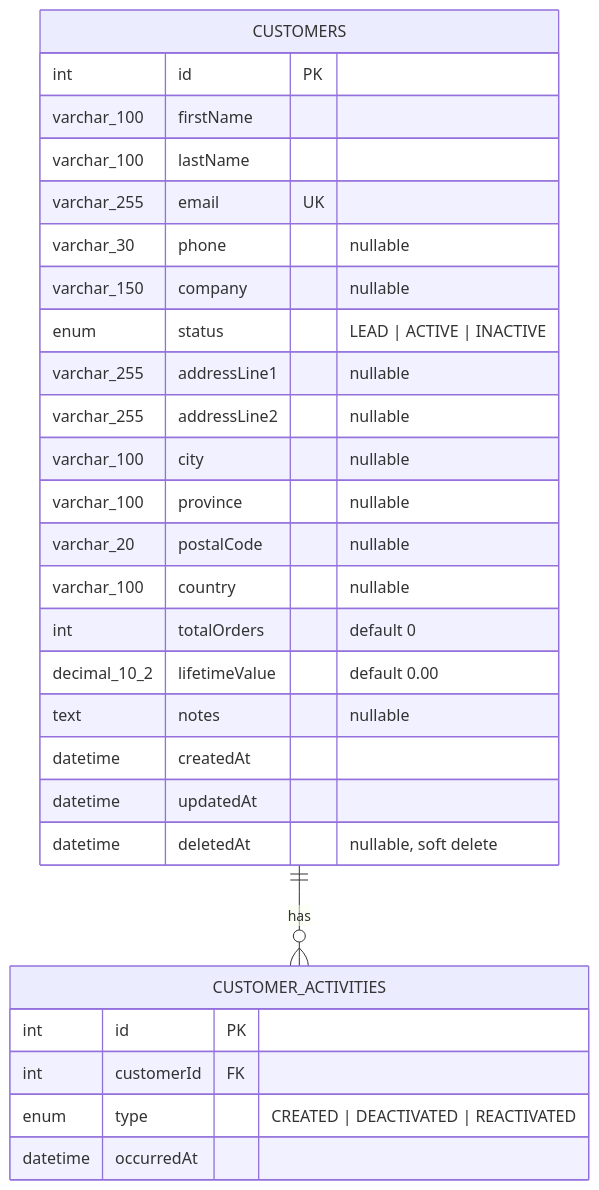
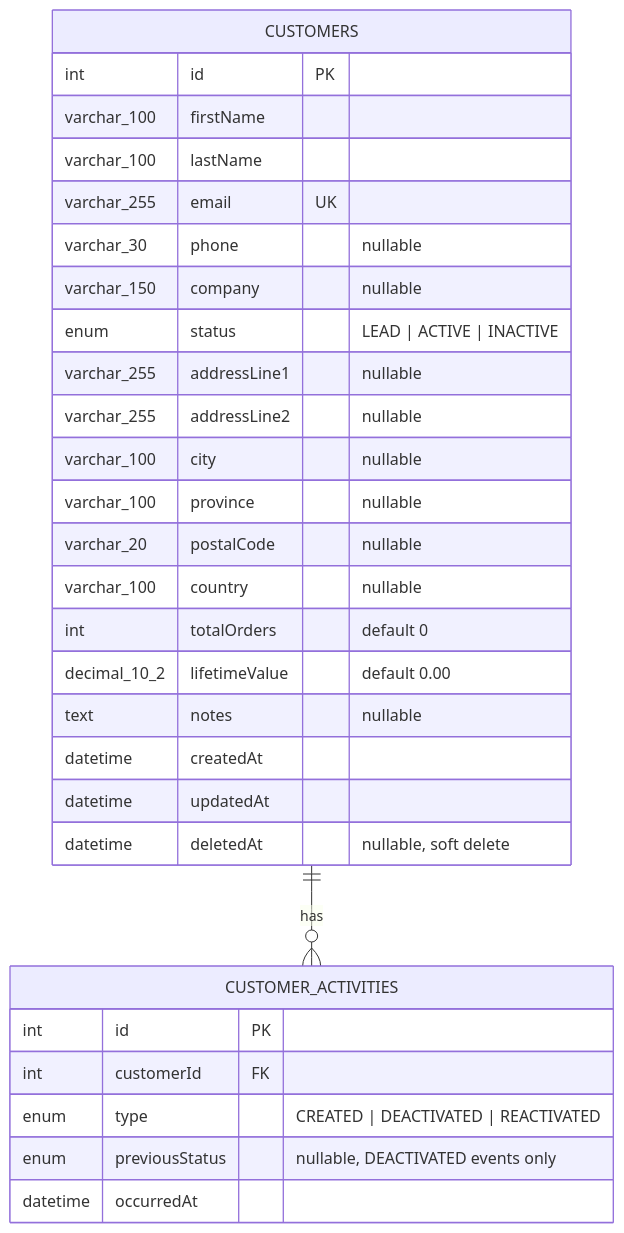
Before and after one commit to garyhan77/mycrm-poc: the diagram in docs/03-erd.md, drawn with Mermaid. The commit also changed other lines of this file and 9 other files, not shown here.

````diff
--- a/docs/03-erd.md
+++ b/docs/03-erd.md
@@ -7,33 +7,34 @@
 ```mermaid
 erDiagram
     CUSTOMERS ||--o{ CUSTOMER_ACTIVITIES : "has"
 
     CUSTOMERS {
         int id PK
         varchar_100 firstName
         varchar_100 lastName
         varchar_255 email UK
         varchar_30 phone "nullable"
         varchar_150 company "nullable"
         enum status "LEAD | ACTIVE | INACTIVE"
         varchar_255 addressLine1 "nullable"
         varchar_255 addressLine2 "nullable"
         varchar_100 city "nullable"
         varchar_100 province "nullable"
         varchar_20 postalCode "nullable"
         varchar_100 country "nullable"
         int totalOrders "default 0"
         decimal_10_2 lifetimeValue "default 0.00"
         text notes "nullable"
         datetime createdAt
         datetime updatedAt
         datetime deletedAt "nullable, soft delete"
     }
 
     CUSTOMER_ACTIVITIES {
         int id PK
         int customerId FK
         enum type "CREATED | DEACTIVATED | REACTIVATED"
+        enum previousStatus "nullable, DEACTIVATED events only"
         datetime occurredAt
     }
 ```
````
